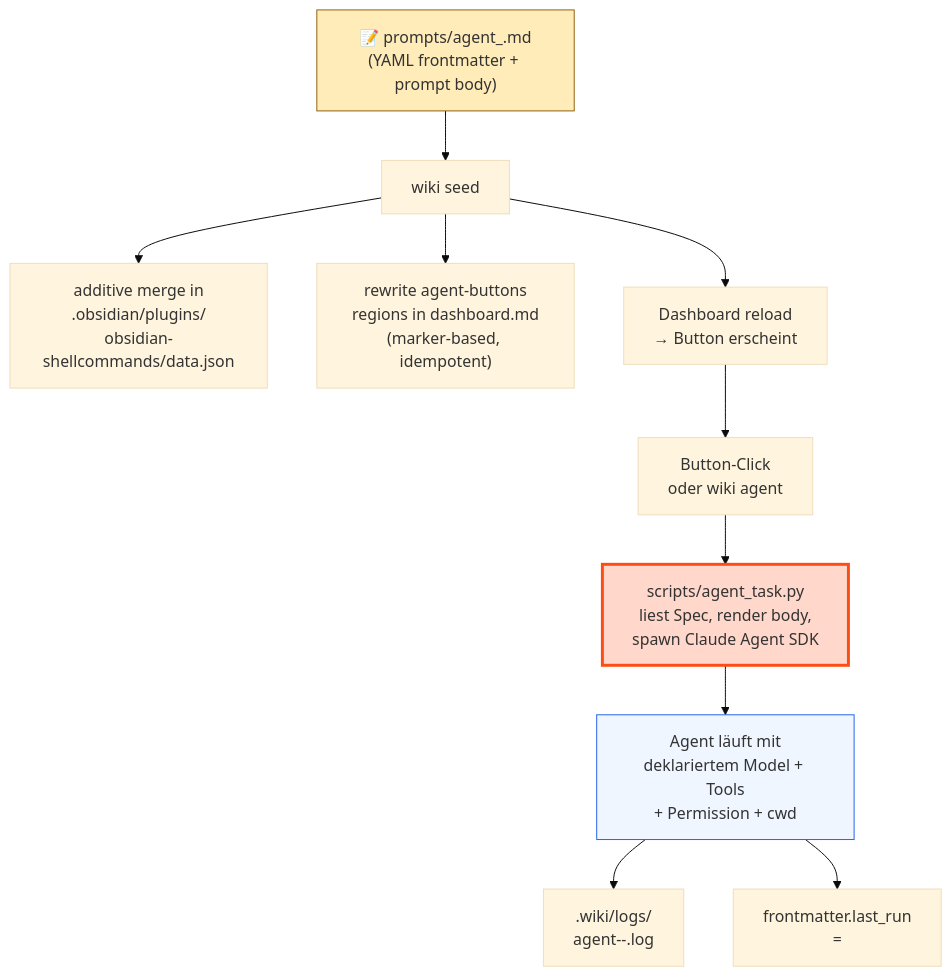
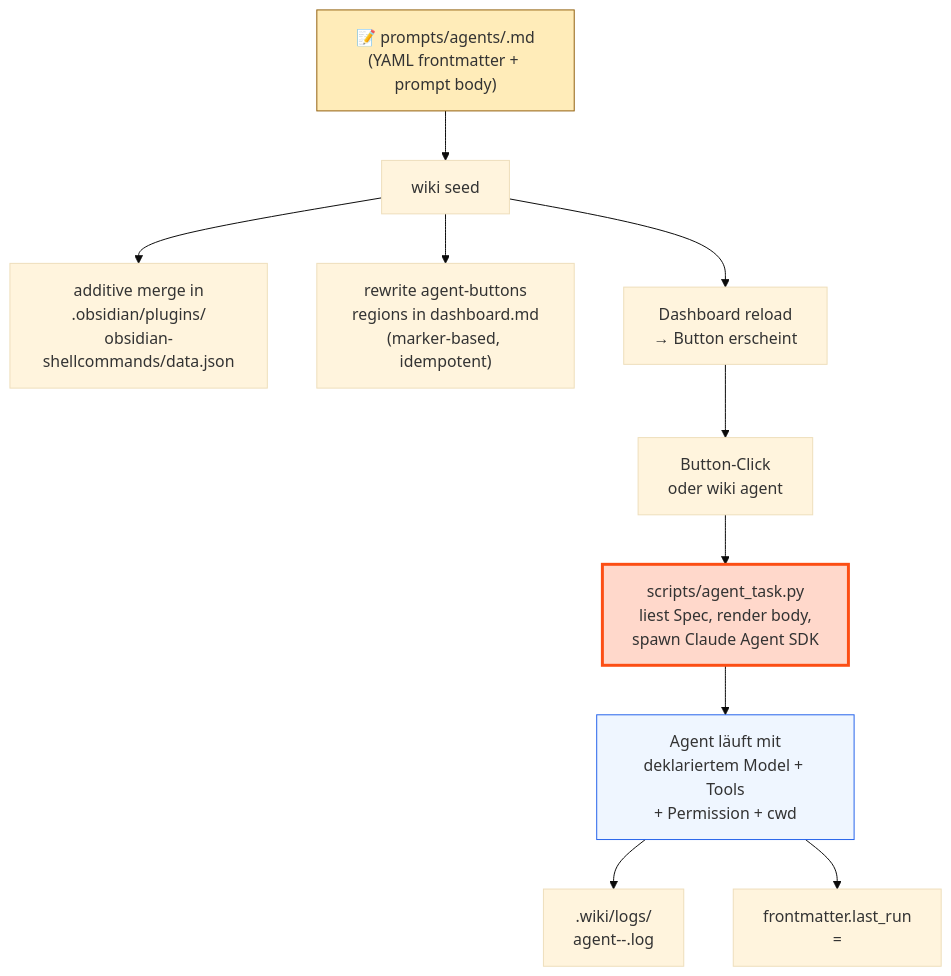
One commit to lx-0/llm-wiki changed the tenth of 10 diagrams in docs/PROCESS.md. Above: the diagram before and after it, drawn with Mermaid (base theme). The commit also changed other lines of this file and 15 other files, not shown here.

First line of the commit message:
refactor(agent-tasks): move specs to prompts/agents/ subfolder

````diff
--- a/docs/PROCESS.md
+++ b/docs/PROCESS.md
@@ -1057,18 +1059,18 @@
 ```mermaid
 flowchart TD
-    DROP["📝 prompts/agent_<id>.md\n(YAML frontmatter + prompt body)"]
+    DROP["📝 prompts/agents/<id>.md\n(YAML frontmatter + prompt body)"]
     DROP --> SEED["wiki seed"]
     SEED --> SC["additive merge in\n.obsidian/plugins/\nobsidian-shellcommands/data.json"]
     SEED --> DASH["rewrite agent-buttons\nregions in dashboard.md\n(marker-based, idempotent)"]
     SEED --> READY["Dashboard reload\n→ Button erscheint"]
 
     READY --> CLICK["Button-Click\noder wiki agent <id>"]
     CLICK --> RUNNER["scripts/agent_task.py\nliest Spec, render body,\nspawn Claude Agent SDK"]
     RUNNER --> EXEC["Agent läuft mit\ndeklariertem Model + Tools\n+ Permission + cwd"]
     EXEC --> LOG[".wiki/logs/\nagent-<id>-<ts>.log"]
     EXEC --> FRONT["frontmatter.last_run\n= <iso-ts>"]
 
     style DROP fill:#FFECB9,stroke:#92610F
     style RUNNER fill:#FFD8CB,stroke:#FC4E14,stroke-width:3px
     style EXEC fill:#EFF6FF,stroke:#2563EB
 ```
````
